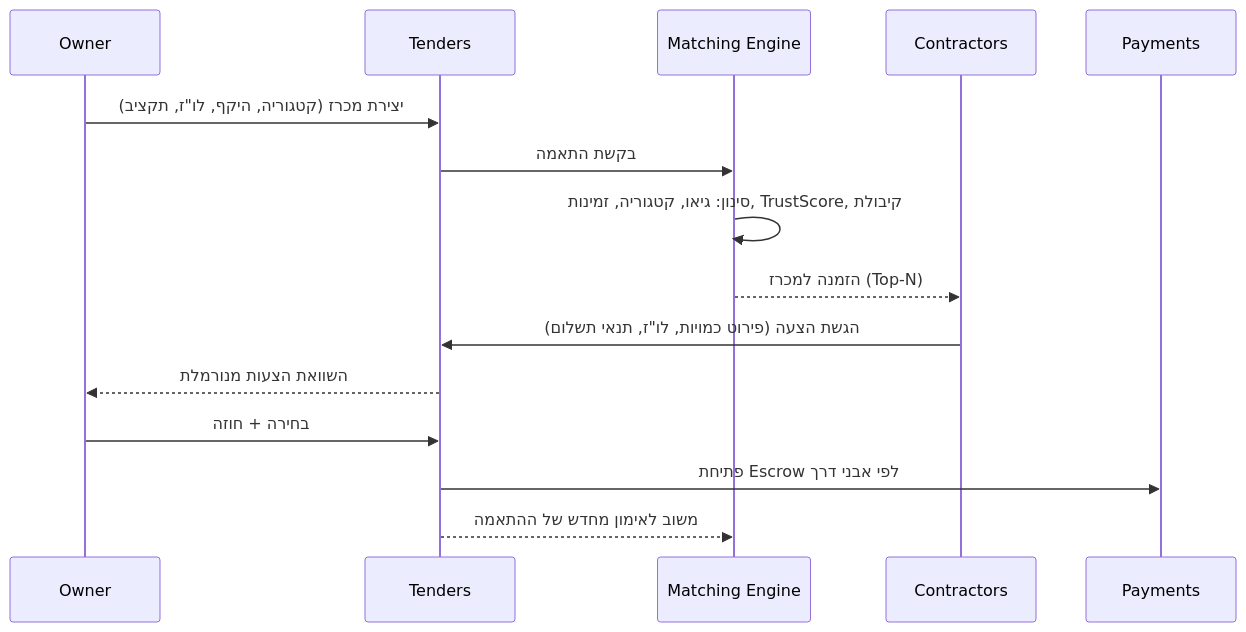
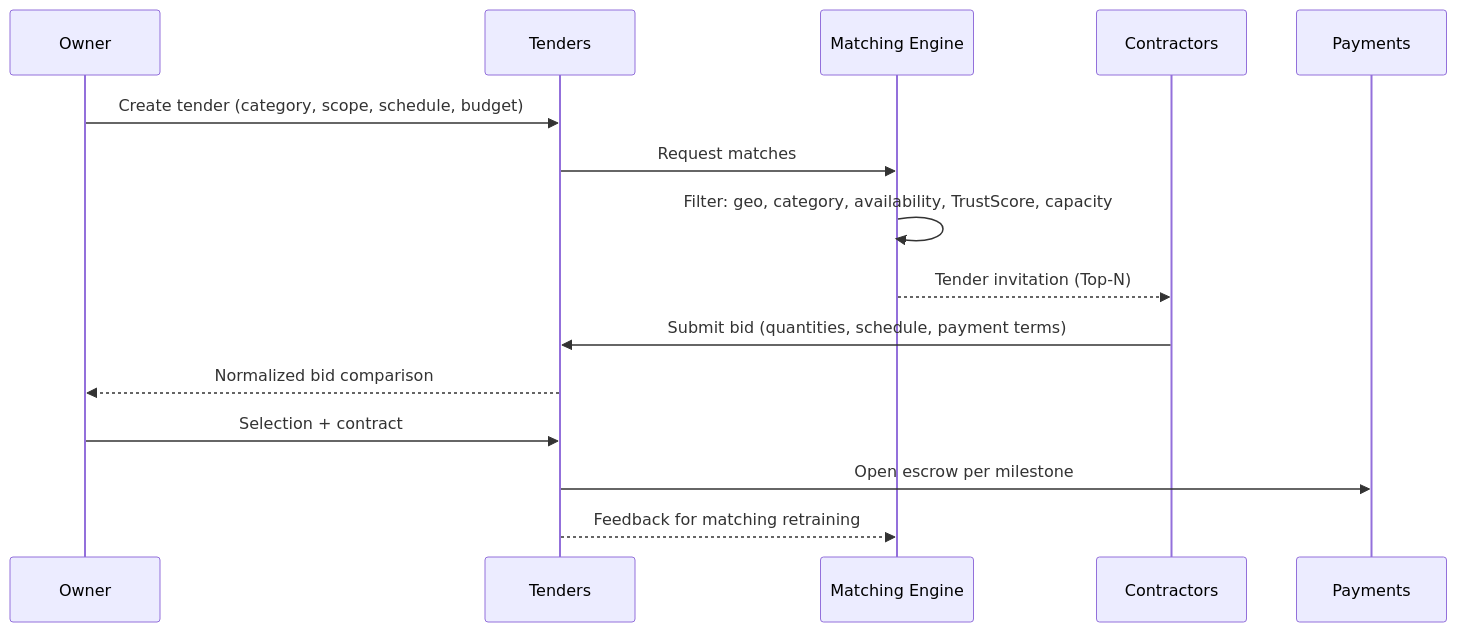
The third of 6 diagrams in docs/high-level-design.md (olegsher-ds-2025/Buildguard), drawn with Mermaid before and after one commit. The commit also changed other lines of this file, not shown here.

````diff
--- a/docs/high-level-design.md
+++ b/docs/high-level-design.md
@@ -265,18 +266,18 @@
 ```mermaid
 sequenceDiagram
     participant O as Owner
     participant T as Tenders
     participant M as Matching Engine
     participant C as Contractors
     participant P as Payments
 
-    O->>T: יצירת מכרז (קטגוריה, היקף, לו"ז, תקציב)
-    T->>M: בקשת התאמה
-    M->>M: סינון: גיאו, קטגוריה, זמינות, TrustScore, קיבולת
-    M-->>C: הזמנה למכרז (Top-N)
-    C->>T: הגשת הצעה (פירוט כמויות, לו"ז, תנאי תשלום)
-    T-->>O: השוואת הצעות מנורמלת
-    O->>T: בחירה + חוזה
-    T->>P: פתיחת Escrow לפי אבני דרך
-    T-->>M: משוב לאימון מחדש של ההתאמה
+    O->>T: Create tender (category, scope, schedule, budget)
+    T->>M: Request matches
+    M->>M: Filter: geo, category, availability, TrustScore, capacity
+    M-->>C: Tender invitation (Top-N)
+    C->>T: Submit bid (quantities, schedule, payment terms)
+    T-->>O: Normalized bid comparison
+    O->>T: Selection + contract
+    T->>P: Open escrow per milestone
+    T-->>M: Feedback for matching retraining
 ```
````
